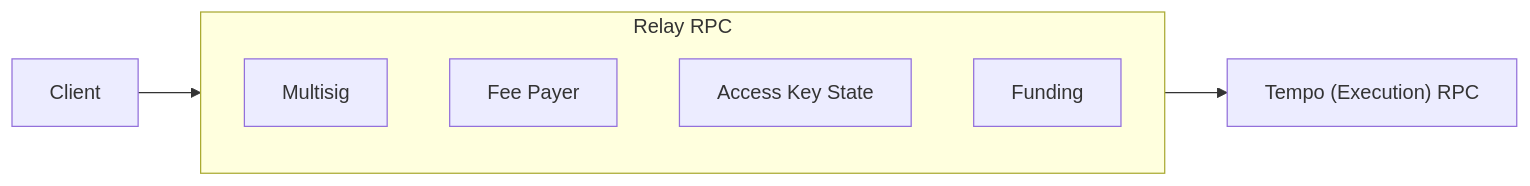
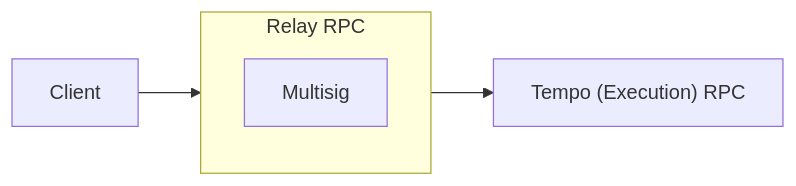
The diagram in site/pages/tempo/relay/index.mdx (wevm/viem), drawn with Mermaid before and after one commit. The commit also changed other lines of this file and 30 other files, not shown here.

````diff
--- a/site/pages/tempo/relay/index.mdx
+++ b/site/pages/tempo/relay/index.mdx
@@ -15,12 +15,9 @@
 ```mermaid
 flowchart LR
   client[Client] --> relay
   subgraph relay[Relay RPC]
     direction TB
     multisig[Multisig]
-    feePayer[Fee Payer]
-    accessKeys[Access Key State]
-    funding[Funding]
   end
   relay --> rpc["Tempo (Execution) RPC"]
 ```
````
